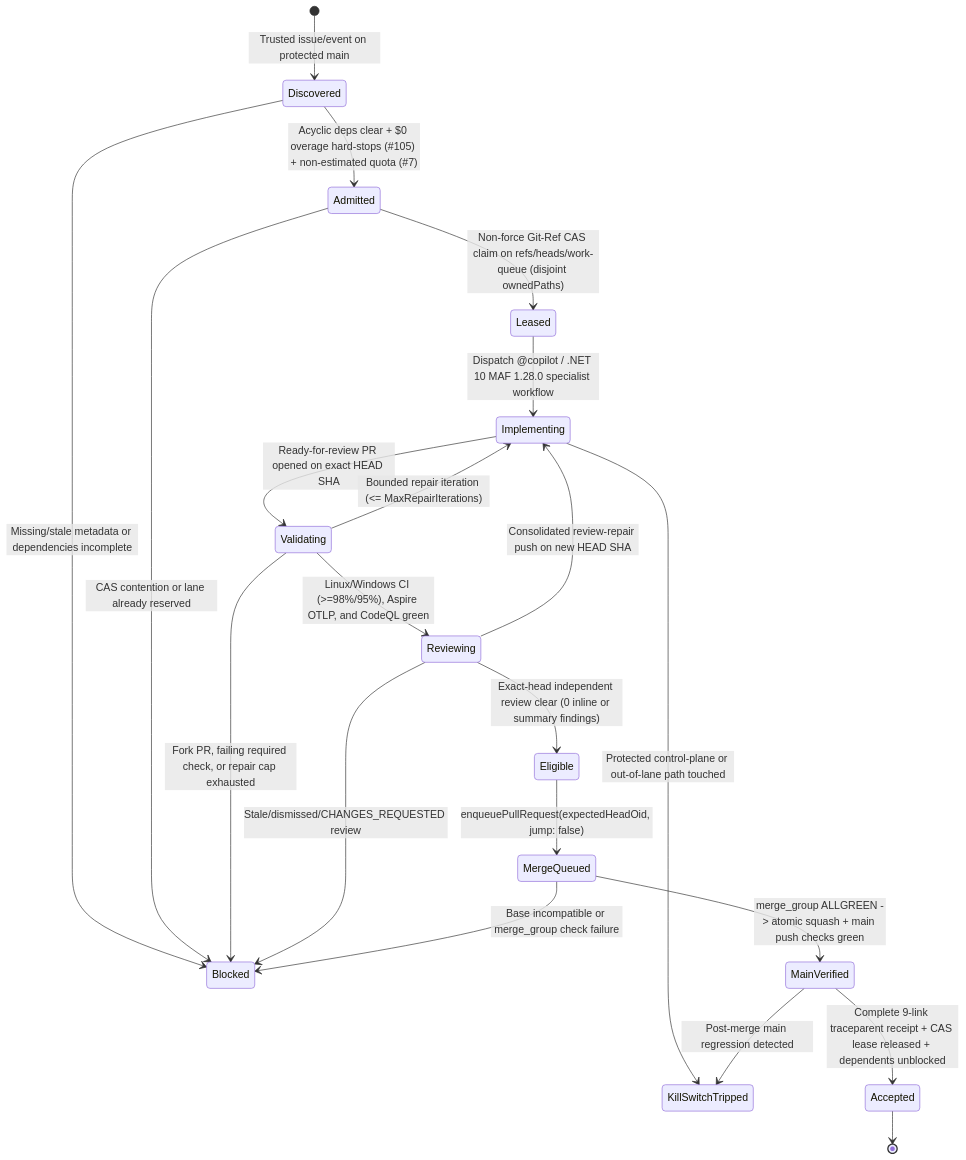
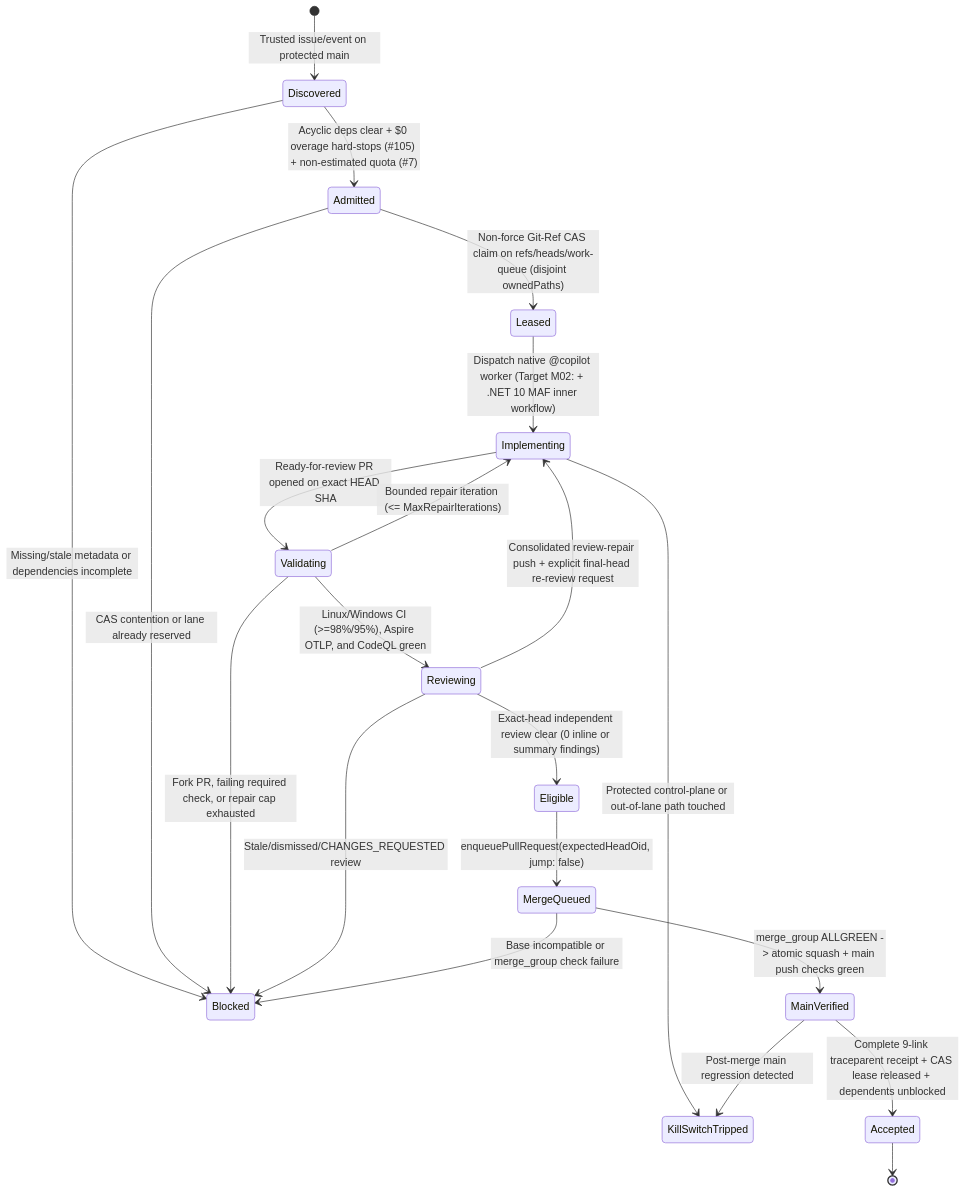
The first of 3 diagrams in docs/DELIVERY-LIFECYCLE.md (Jamula/SoftwareFactory), drawn with Mermaid before and after one commit. The commit also changed other lines of this file and 7 other files, not shown here.

````diff
--- a/docs/DELIVERY-LIFECYCLE.md
+++ b/docs/DELIVERY-LIFECYCLE.md
@@ -24,29 +24,29 @@
 ```mermaid
 stateDiagram-v2
   [*] --> Discovered: Trusted issue/event on protected main
   Discovered --> Admitted: Acyclic deps clear + $0 overage hard-stops (#105) + non-estimated quota (#7)
   Discovered --> Blocked: Missing/stale metadata or dependencies incomplete
 
   Admitted --> Leased: Non-force Git-Ref CAS claim on refs/heads/work-queue (disjoint ownedPaths)
   Admitted --> Blocked: CAS contention or lane already reserved
 
-  Leased --> Implementing: Dispatch @copilot / .NET 10 MAF 1.28.0 specialist workflow
+  Leased --> Implementing: Dispatch native @copilot worker (Target M02: + .NET 10 MAF inner workflow)
   Implementing --> Validating: Ready-for-review PR opened on exact HEAD SHA
   Implementing --> KillSwitchTripped: Protected control-plane or out-of-lane path touched
 
   Validating --> Reviewing: Linux/Windows CI (>=98%/95%), Aspire OTLP, and CodeQL green
   Validating --> Implementing: Bounded repair iteration (<= MaxRepairIterations)
   Validating --> Blocked: Fork PR, failing required check, or repair cap exhausted
 
   Reviewing --> Eligible: Exact-head independent review clear (0 inline or summary findings)
-  Reviewing --> Implementing: Consolidated review-repair push on new HEAD SHA
+  Reviewing --> Implementing: Consolidated review-repair push + explicit final-head re-review request
   Reviewing --> Blocked: Stale/dismissed/CHANGES_REQUESTED review
 
   Eligible --> MergeQueued: enqueuePullRequest(expectedHeadOid, jump: false)
   MergeQueued --> MainVerified: merge_group ALLGREEN -> atomic squash + main push checks green
   MergeQueued --> Blocked: Base incompatible or merge_group check failure
   MainVerified --> KillSwitchTripped: Post-merge main regression detected
 
   MainVerified --> Accepted: Complete 9-link traceparent receipt + CAS lease released + dependents unblocked
   Accepted --> [*]
 ```
````
